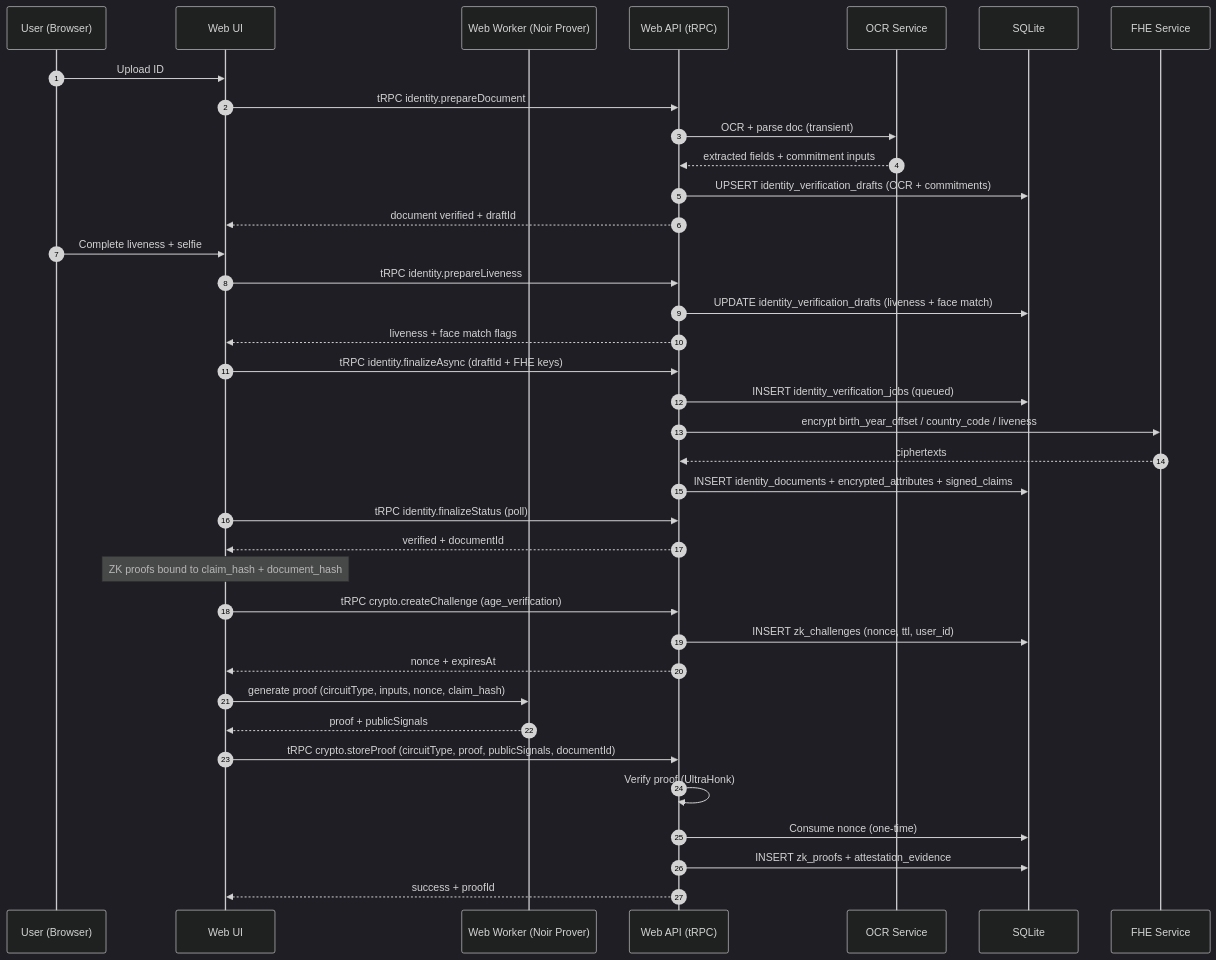
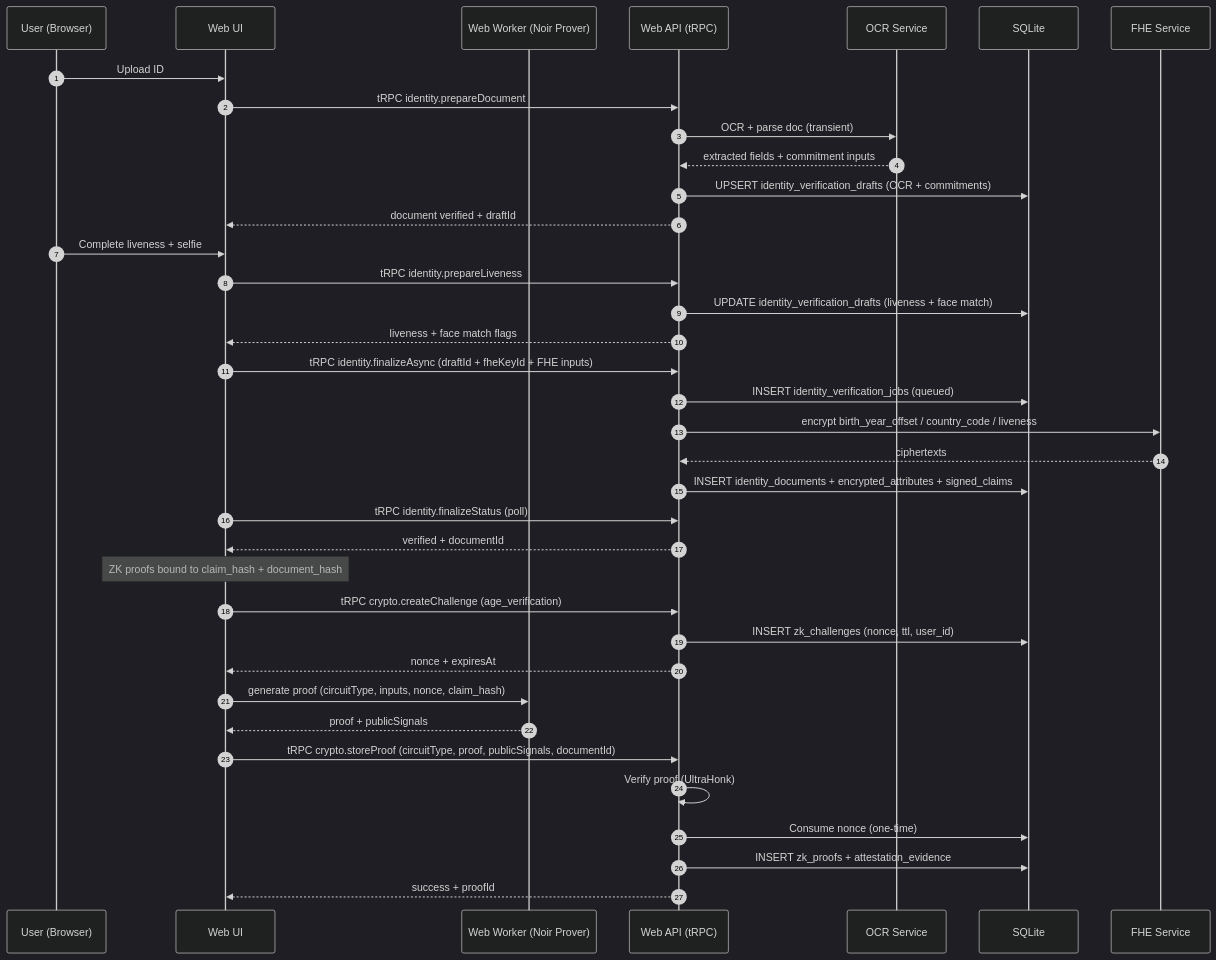
One commit to gustavovalverde/zentity changed the second of 4 diagrams in docs/architecture.md. Above: the diagram before and after it, drawn with Mermaid (dark theme). The commit also changed other lines of this file and 10 other files, not shown here.

First line of the commit message:
docs: refresh architecture and security docs

````diff
--- a/docs/architecture.md
+++ b/docs/architecture.md
@@ -252,45 +252,45 @@
 ```mermaid
 sequenceDiagram
   autonumber
   participant U as User (Browser)
   participant UI as Web UI
   participant W as Web Worker (Noir Prover)
   participant API as Web API (tRPC)
   participant OCR as OCR Service
   participant DB as SQLite
   participant FHE as FHE Service
 
   U->>UI: Upload ID
   UI->>API: tRPC identity.prepareDocument
   API->>OCR: OCR + parse doc (transient)
   OCR-->>API: extracted fields + commitment inputs
   API->>DB: UPSERT identity_verification_drafts (OCR + commitments)
   API-->>UI: document verified + draftId
 
   U->>UI: Complete liveness + selfie
   UI->>API: tRPC identity.prepareLiveness
   API->>DB: UPDATE identity_verification_drafts (liveness + face match)
   API-->>UI: liveness + face match flags
 
-  UI->>API: tRPC identity.finalizeAsync (draftId + FHE keys)
+  UI->>API: tRPC identity.finalizeAsync (draftId + fheKeyId + FHE inputs)
   API->>DB: INSERT identity_verification_jobs (queued)
   API->>FHE: encrypt birth_year_offset / country_code / liveness
   FHE-->>API: ciphertexts
   API->>DB: INSERT identity_documents + encrypted_attributes + signed_claims
   UI->>API: tRPC identity.finalizeStatus (poll)
   API-->>UI: verified + documentId
 
   Note over UI: ZK proofs bound to claim_hash + document_hash
   UI->>API: tRPC crypto.createChallenge (age_verification)
   API->>DB: INSERT zk_challenges (nonce, ttl, user_id)
   API-->>UI: nonce + expiresAt
 
   UI->>W: generate proof (circuitType, inputs, nonce, claim_hash)
   W-->>UI: proof + publicSignals
 
   UI->>API: tRPC crypto.storeProof (circuitType, proof, publicSignals, documentId)
   API->>API: Verify proof (UltraHonk)
   API->>DB: Consume nonce (one-time)
   API->>DB: INSERT zk_proofs + attestation_evidence
   API-->>UI: success + proofId
 ```
````
